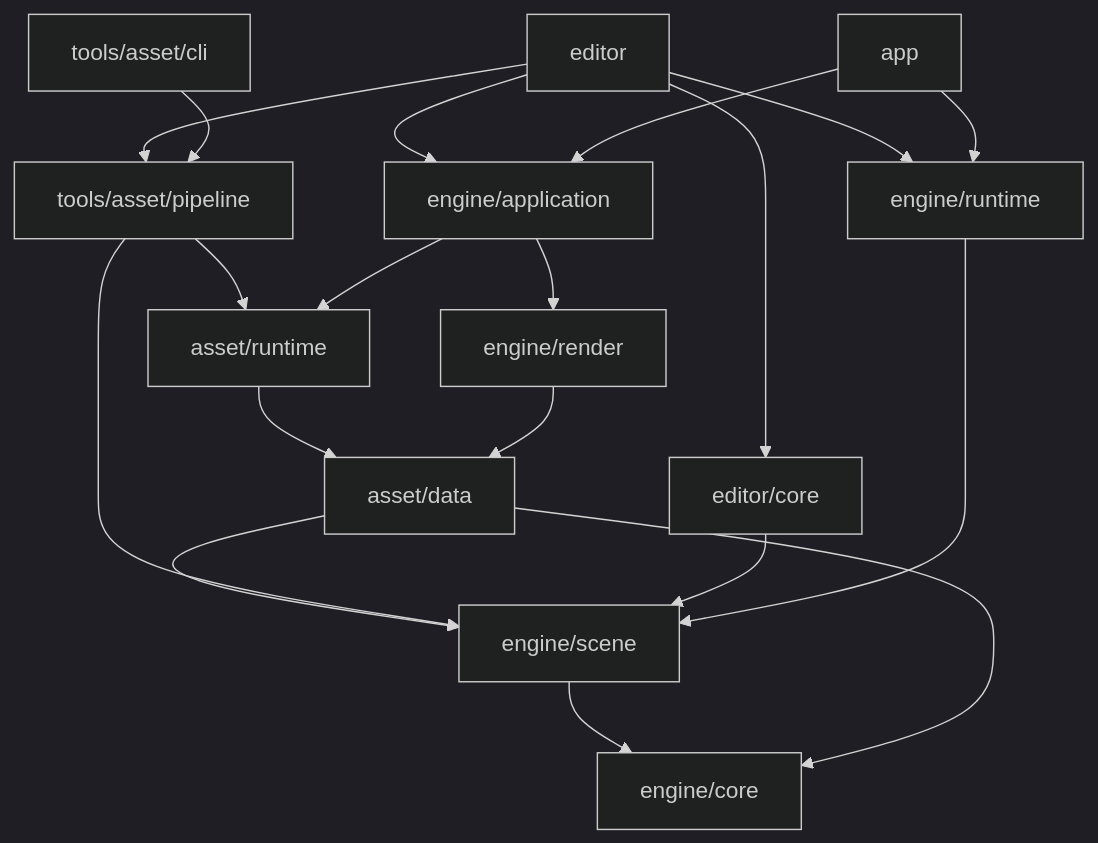
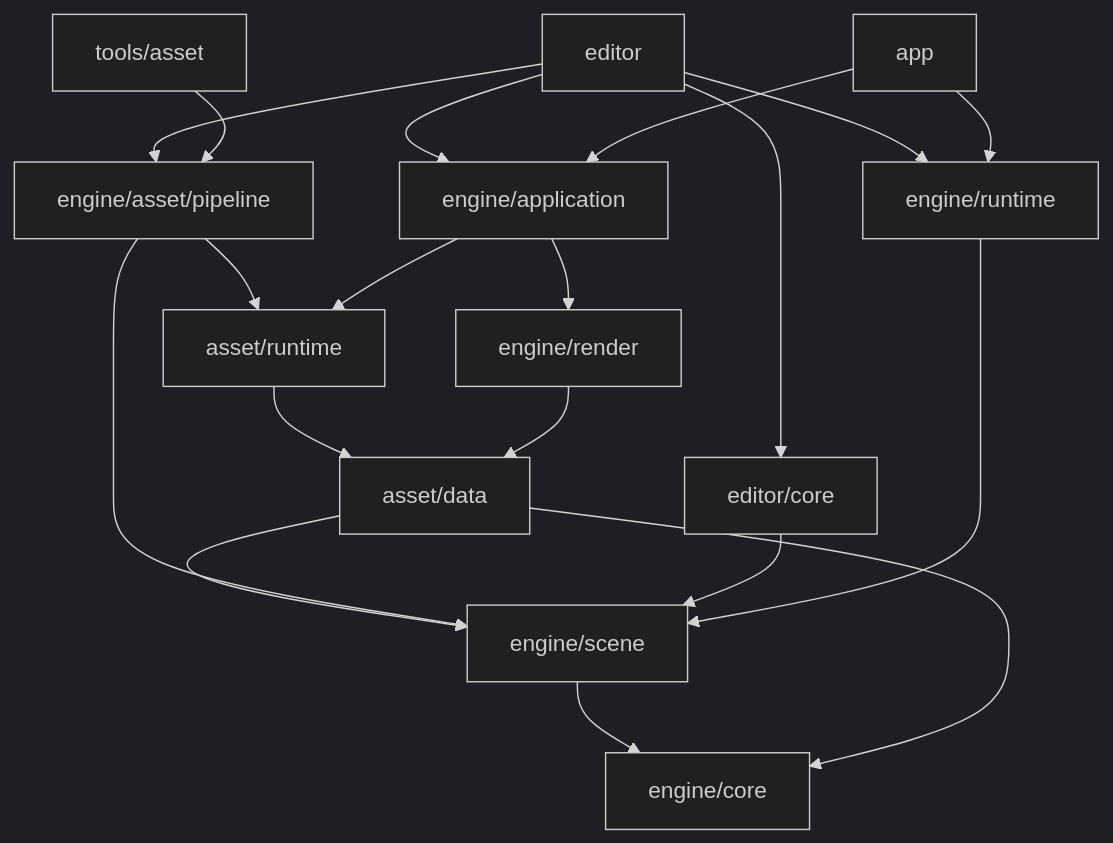
The diagram in docs/architecture.md (Ralts72/Comet-rust), drawn with Mermaid (dark theme) before and after one commit. The commit also changed other lines of this file and 51 other files, not shown here.

````diff
--- a/docs/architecture.md
+++ b/docs/architecture.md
@@ -35,22 +38,22 @@
 ```mermaid
 flowchart TD
     Core[engine/core]
     Scene[engine/scene] --> Core
     Data[asset/data] --> Scene
     Data --> Core
     Assets[asset/runtime] --> Data
-    Pipeline[tools/asset/pipeline] --> Assets
+    Pipeline[engine/asset/pipeline] --> Assets
     Pipeline --> Scene
     Document[editor/core] --> Scene
     Runtime[engine/runtime] --> Scene
     Render[engine/render] --> Data
     Application[engine/application] --> Assets
     Application --> Render
     Editor[editor] --> Document
     Editor --> Pipeline
     Editor --> Runtime
     Editor --> Application
     Game[app] --> Runtime
     Game --> Application
-    Assetc[tools/asset/cli] --> Pipeline
+    Assetc[tools/asset] --> Pipeline
 ```
````
